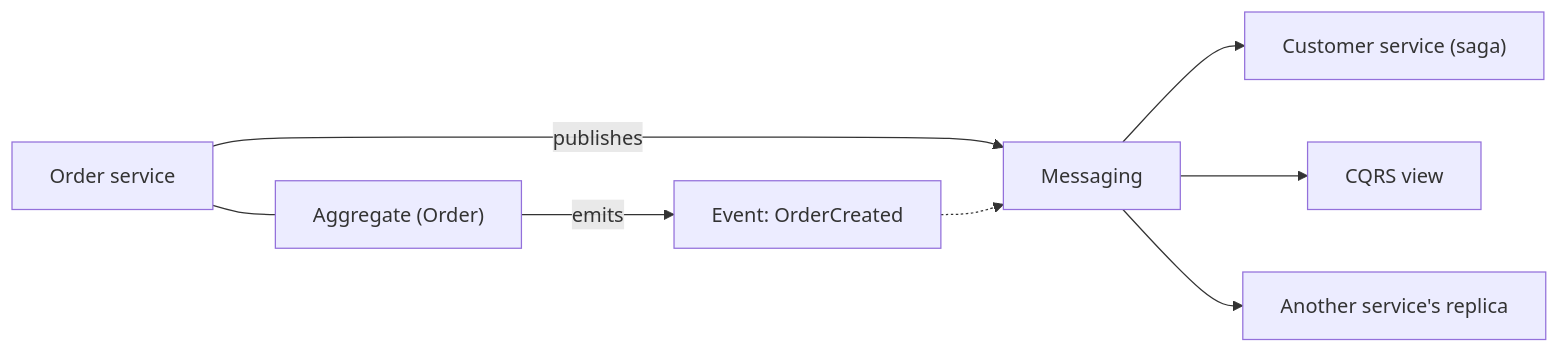
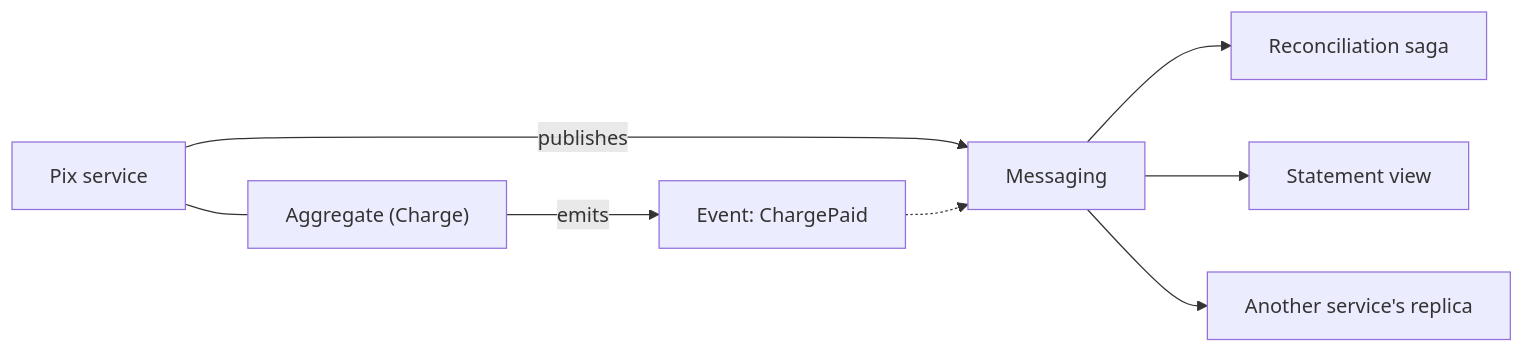
One commit to alancesar/design-patterns changed the diagram in i18n/en/docusaurus-plugin-content-docs/current/architecture/microservices/service-collaboration/domain-event.md. Above: the diagram before and after it, drawn with Mermaid. The commit also changed other lines of this file and 27 other files, not shown here.

Commit message:
Switch microservices concrete diagrams to fintech scenarios

````diff
--- a/i18n/en/docusaurus-plugin-content-docs/current/architecture/microservices/service-collaboration/domain-event.md
+++ b/i18n/en/docusaurus-plugin-content-docs/current/architecture/microservices/service-collaboration/domain-event.md
@@ -59,10 +59,10 @@
 ```mermaid
 flowchart LR
-    A["Aggregate (Order)"] -->|"emits"| E["Event: OrderCreated"]
-    S["Order service"] --- A
+    A["Aggregate (Charge)"] -->|"emits"| E["Event: ChargePaid"]
+    S["Pix service"] --- A
     S -->|"publishes"| B["Messaging"]
     E -.-> B
-    B --> C1["Customer service (saga)"]
-    B --> C2["CQRS view"]
+    B --> C1["Reconciliation saga"]
+    B --> C2["Statement view"]
     B --> C3["Another service's replica"]
 ```
````
